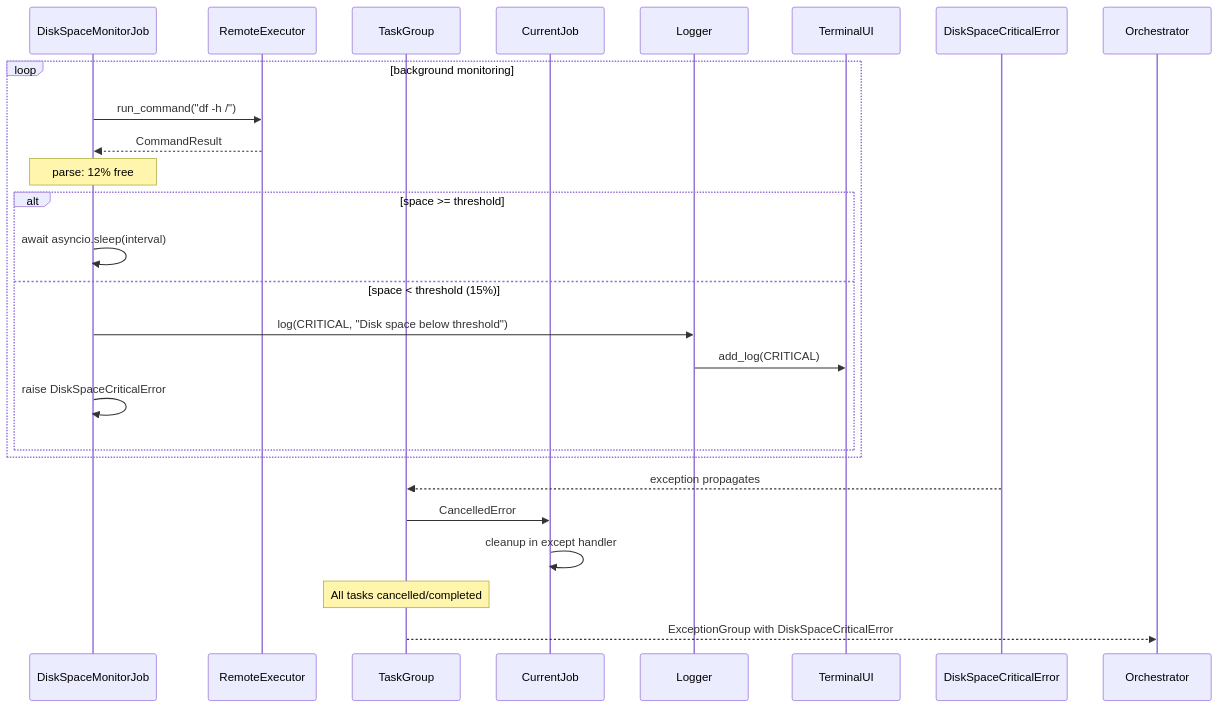
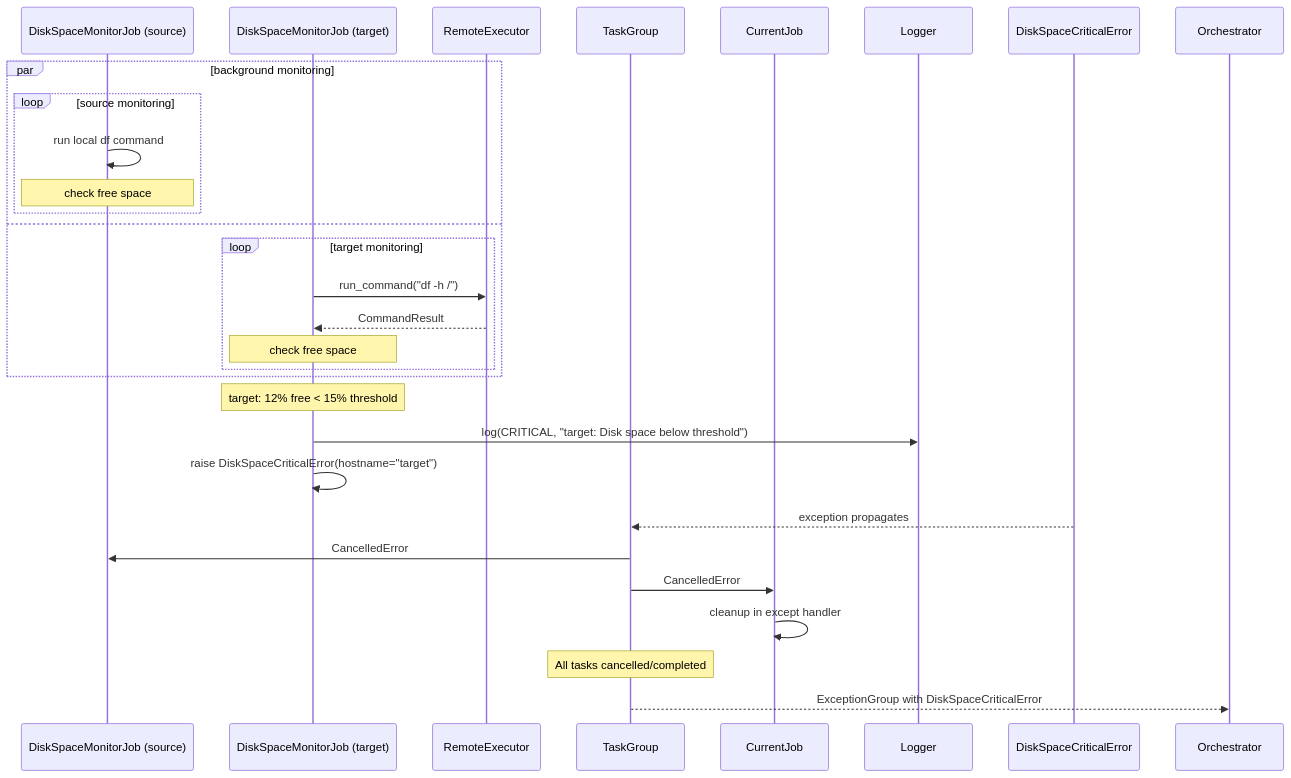
One commit to flaksit/pc-switcher changed the tenth of 12 diagrams in specs/001-foundation/architecture-claude.md. Above: the diagram before and after it, drawn with Mermaid. The commit also changed other lines of this file, not shown here.

````diff
--- a/specs/001-foundation/architecture-claude.md
+++ b/specs/001-foundation/architecture-claude.md
@@ -523,31 +538,35 @@
 ```mermaid
 sequenceDiagram
-    participant DiskSpaceMonitorJob
+    participant SourceMonitor as DiskSpaceMonitorJob (source)
+    participant TargetMonitor as DiskSpaceMonitorJob (target)
     participant RemoteExecutor
     participant TaskGroup
     participant CurrentJob
     participant Logger
-    participant TerminalUI
 
-    loop background monitoring
-        DiskSpaceMonitorJob->>RemoteExecutor: run_command("df -h /")
-        RemoteExecutor-->>DiskSpaceMonitorJob: CommandResult
-
-        Note over DiskSpaceMonitorJob: parse: 12% free
-
-        alt space >= threshold
-            DiskSpaceMonitorJob->>DiskSpaceMonitorJob: await asyncio.sleep(interval)
-        else space < threshold (15%)
-            DiskSpaceMonitorJob->>Logger: log(CRITICAL, "Disk space below threshold")
-            Logger->>TerminalUI: add_log(CRITICAL)
-            DiskSpaceMonitorJob->>DiskSpaceMonitorJob: raise DiskSpaceCriticalError
+    par background monitoring
+        loop source monitoring
+            SourceMonitor->>SourceMonitor: run local df command
+            Note over SourceMonitor: check free space
+        end
+    and
+        loop target monitoring
+            TargetMonitor->>RemoteExecutor: run_command("df -h /")
+            RemoteExecutor-->>TargetMonitor: CommandResult
+            Note over TargetMonitor: check free space
         end
     end
 
+    Note over TargetMonitor: target: 12% free < 15% threshold
+
+    TargetMonitor->>Logger: log(CRITICAL, "target: Disk space below threshold")
+    TargetMonitor->>TargetMonitor: raise DiskSpaceCriticalError(hostname="target")
+
     DiskSpaceCriticalError-->>TaskGroup: exception propagates
+    TaskGroup->>SourceMonitor: CancelledError
     TaskGroup->>CurrentJob: CancelledError
     CurrentJob->>CurrentJob: cleanup in except handler
 
     Note over TaskGroup: All tasks cancelled/completed
     TaskGroup-->>Orchestrator: ExceptionGroup with DiskSpaceCriticalError
 ```
````
